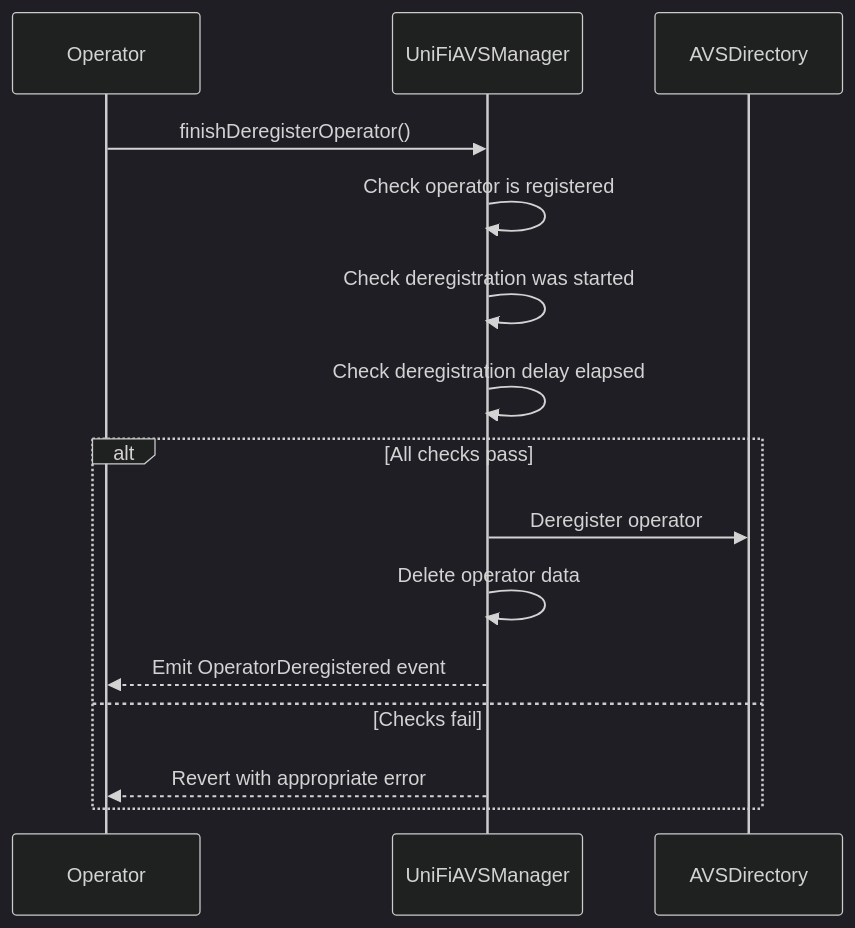
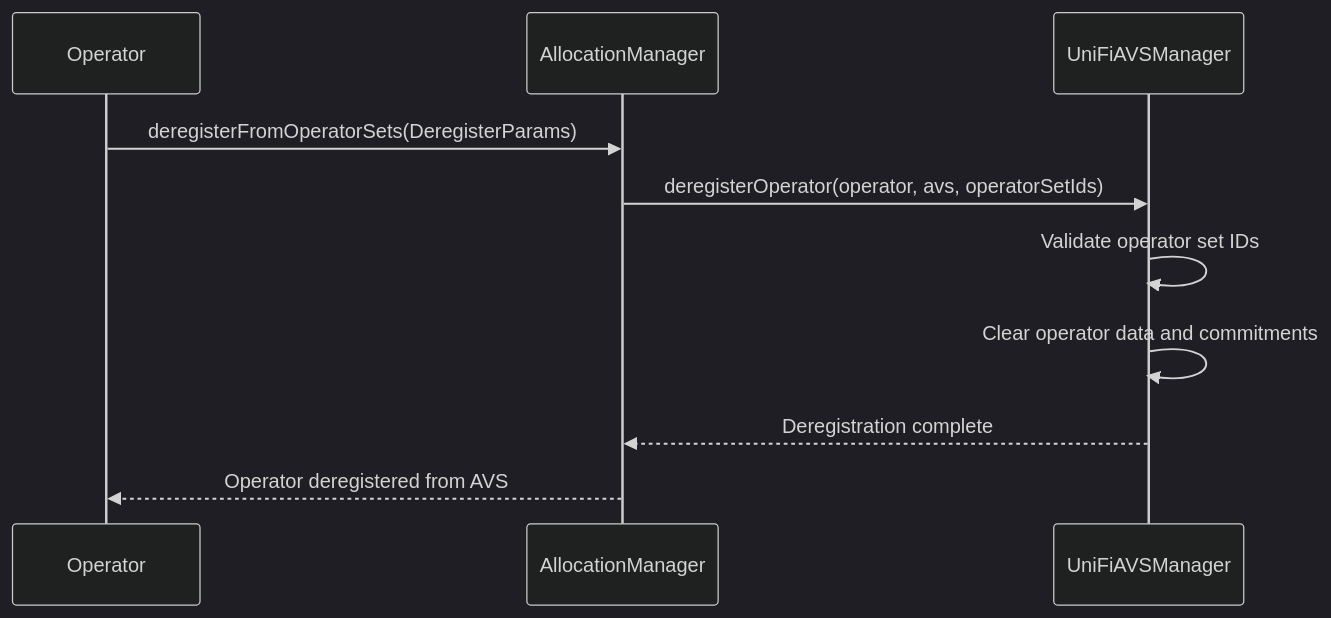
One commit to PufferFinance/Puffer-Preconf changed the fifth of 5 diagrams in avs-manager/docs/registration.md. Above: the diagram before and after it, drawn with Mermaid (dark theme). The commit also changed other lines of this file, not shown here.

````diff
--- a/avs-manager/docs/registration.md
+++ b/avs-manager/docs/registration.md
@@ -232,17 +188,13 @@
 ```mermaid
-    sequenceDiagram
-        participant Operator
-        participant UniFiAVSManager
-        participant AVSDirectory
-        Operator->>UniFiAVSManager: finishDeregisterOperator()
-        UniFiAVSManager->>UniFiAVSManager: Check operator is registered
-        UniFiAVSManager->>UniFiAVSManager: Check deregistration was started
-        UniFiAVSManager->>UniFiAVSManager: Check deregistration delay elapsed
-        alt All checks pass
-        UniFiAVSManager->>AVSDirectory: Deregister operator
-        UniFiAVSManager->>UniFiAVSManager: Delete operator data
-        UniFiAVSManager-->>Operator: Emit OperatorDeregistered event
-        else Checks fail
-        UniFiAVSManager-->>Operator: Revert with appropriate error
-end
+sequenceDiagram
+    participant Operator
+    participant AllocationManager
+    participant UniFiAVSManager
+
+    Operator->>AllocationManager: deregisterFromOperatorSets(DeregisterParams)
+    AllocationManager->>UniFiAVSManager: deregisterOperator(operator, avs, operatorSetIds)
+    UniFiAVSManager->>UniFiAVSManager: Validate operator set IDs
+    UniFiAVSManager->>UniFiAVSManager: Clear operator data and commitments
+    UniFiAVSManager-->>AllocationManager: Deregistration complete
+    AllocationManager-->>Operator: Operator deregistered from AVS
 ```
````
